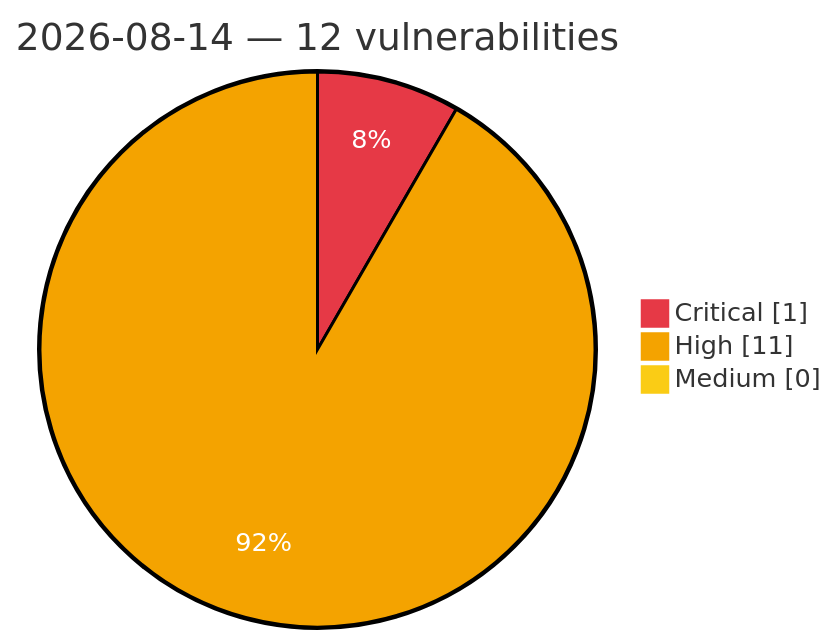
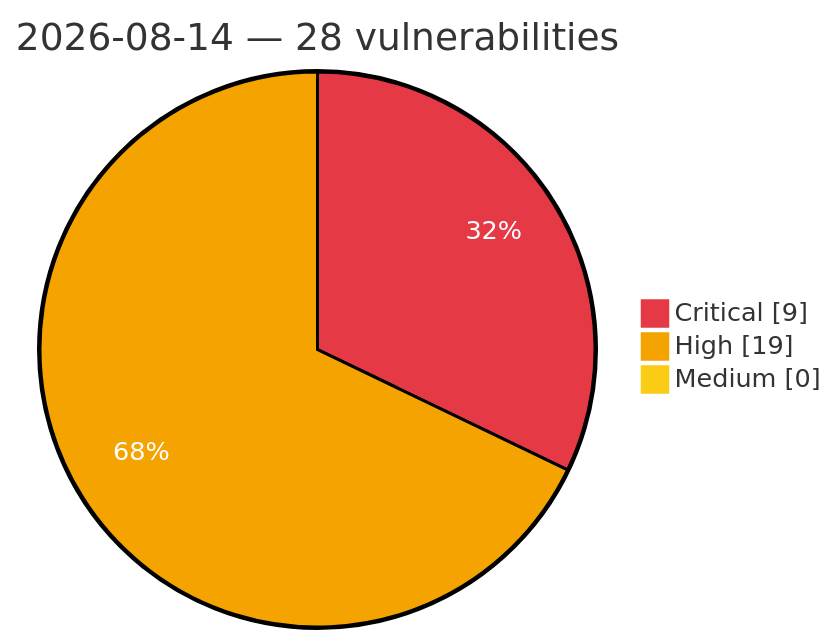
The diagram in vulnerabilities/2026/August/2026-08-14.md (GhostX0X/vuln-tracker), drawn with Mermaid before and after one commit. The commit also changed other lines of this file and 5 other files, not shown here.

Commit message:
Auto update: critical/high vulns (2026-08-14 12:24 UTC)

````diff
--- a/vulnerabilities/2026/August/2026-08-14.md
+++ b/vulnerabilities/2026/August/2026-08-14.md
@@ -3,8 +3,8 @@
 ```mermaid
 %%{init: {'theme':'base', 'themeVariables': {'pie1':'#e63946', 'pie2':'#f4a300', 'pie3':'#facc15', 'pieOpacity':'1', 'pieOuterStrokeWidth':'2px', 'pieSectionTextColor':'#ffffff'}}}%%
 pie showData
-    title 2026-08-14 — 12 vulnerabilities
-    "Critical" : 1
-    "High" : 11
+    title 2026-08-14 — 28 vulnerabilities
+    "Critical" : 9
+    "High" : 19
     "Medium" : 0
 ```
````
